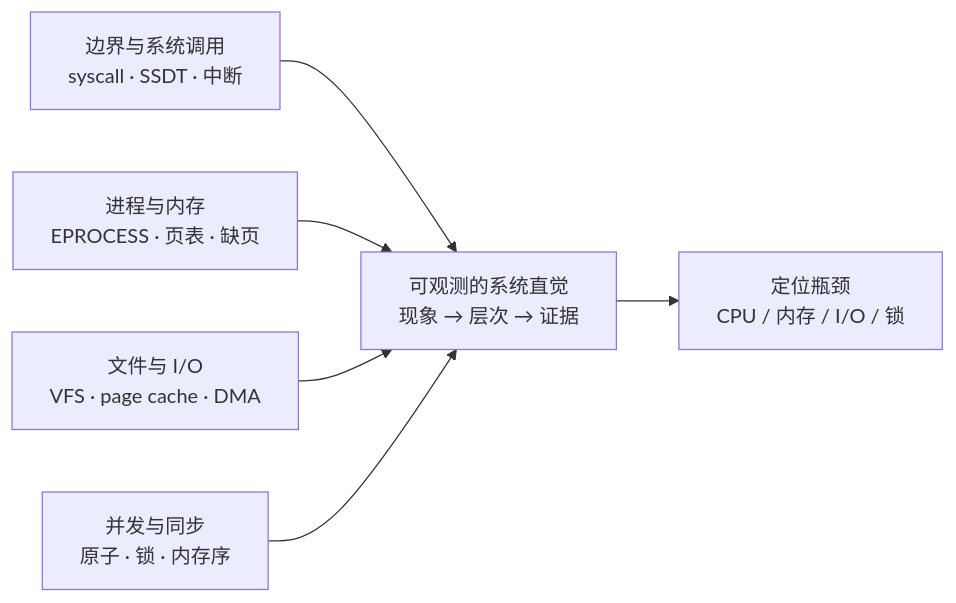
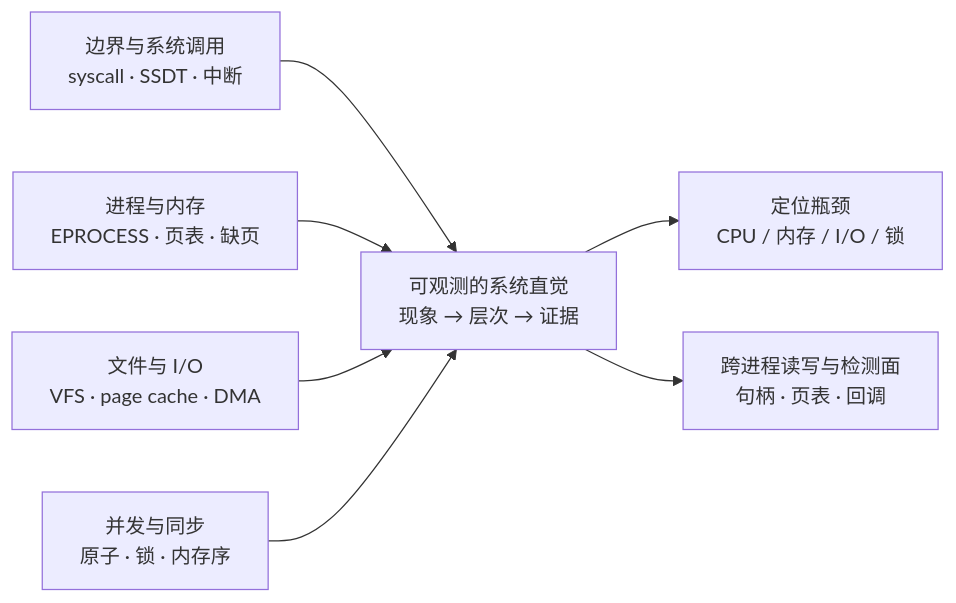
One commit to WMWWZS/os-journal changed the diagram in docs/00-roadmap.md. Above: the diagram before and after it, drawn with Mermaid. The commit also changed other lines of this file, not shown here.

````diff
--- a/docs/00-roadmap.md
+++ b/docs/00-roadmap.md
@@ -28,8 +32,9 @@
 ```mermaid
 flowchart LR
     A["边界与系统调用<br>syscall · SSDT · 中断"] --> E["可观测的系统直觉<br>现象 → 层次 → 证据"]
     B["进程与内存<br>EPROCESS · 页表 · 缺页"] --> E
     C["文件与 I/O<br>VFS · page cache · DMA"] --> E
     D["并发与同步<br>原子 · 锁 · 内存序"] --> E
     E --> F["定位瓶颈<br>CPU / 内存 / I/O / 锁"]
+    E --> G["跨进程读写与检测面<br>句柄 · 页表 · 回调"]
 ```
````
